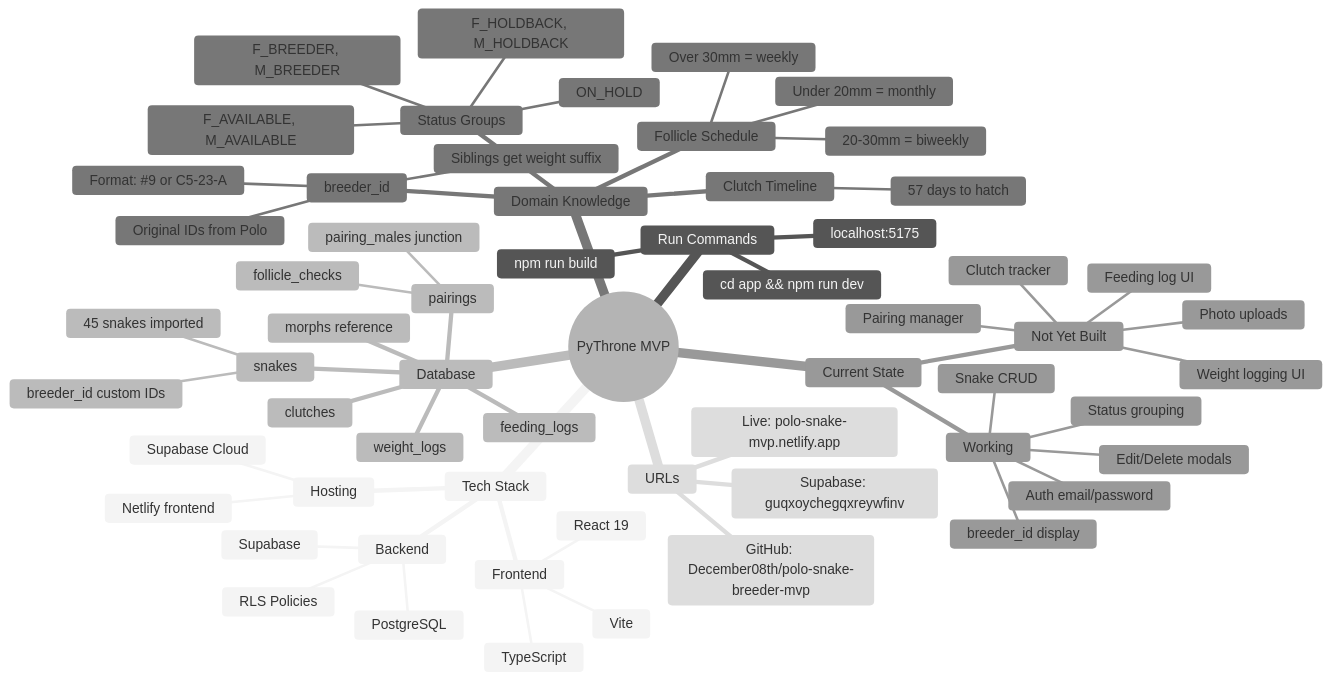
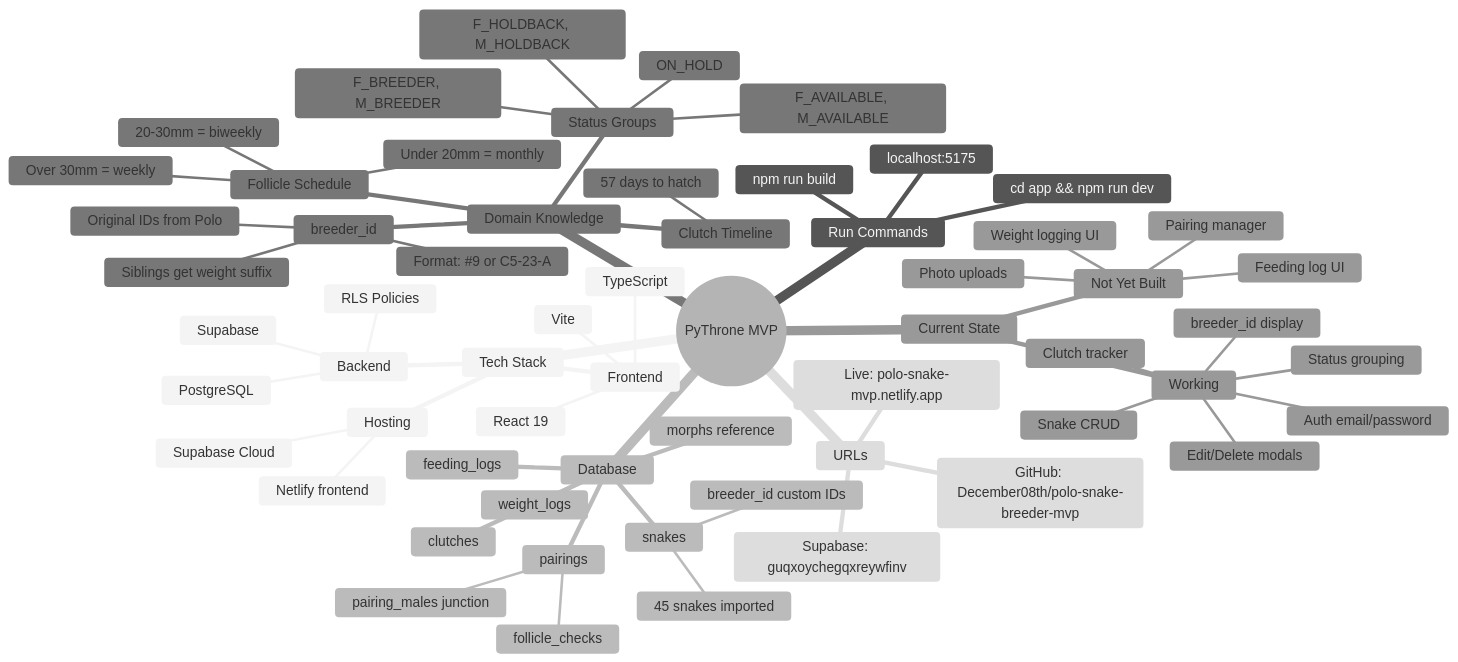
The diagram in CLAUDE.md (December08th/polo-snake-breeder-mvp), drawn with Mermaid (neutral theme) before and after one commit. The commit also changed other lines of this file and 6 other files, not shown here.

First line of the commit message:
Add clutch tracker with incubator section

````diff
--- a/CLAUDE.md
+++ b/CLAUDE.md
@@ -5,64 +5,64 @@
 ```mermaid
 mindmap
   root((PyThrone MVP))
     Tech Stack
       Frontend
         React 19
         TypeScript
         Vite
       Backend
         Supabase
         PostgreSQL
         RLS Policies
       Hosting
         Netlify frontend
         Supabase Cloud
     Run Commands
       cd app && npm run dev
       localhost:5175
       npm run build
     Database
       snakes
         breeder_id custom IDs
         45 snakes imported
       weight_logs
       feeding_logs
       pairings
         pairing_males junction
         follicle_checks
       clutches
       morphs reference
     Domain Knowledge
       breeder_id
         Original IDs from Polo
         Format: #9 or C5-23-A
         Siblings get weight suffix
       Status Groups
         F_BREEDER, M_BREEDER
         F_HOLDBACK, M_HOLDBACK
         F_AVAILABLE, M_AVAILABLE
         ON_HOLD
       Follicle Schedule
         Under 20mm = monthly
         20-30mm = biweekly
         Over 30mm = weekly
       Clutch Timeline
         57 days to hatch
     Current State
       Working
         Auth email/password
         Snake CRUD
         Status grouping
         Edit/Delete modals
         breeder_id display
+        Clutch tracker
       Not Yet Built
         Weight logging UI
         Feeding log UI
         Pairing manager
-        Clutch tracker
         Photo uploads
     URLs
       Live: polo-snake-mvp.netlify.app
       Supabase: guqxoychegqxreywfinv
       GitHub: December08th/polo-snake-breeder-mvp
 ```
````
